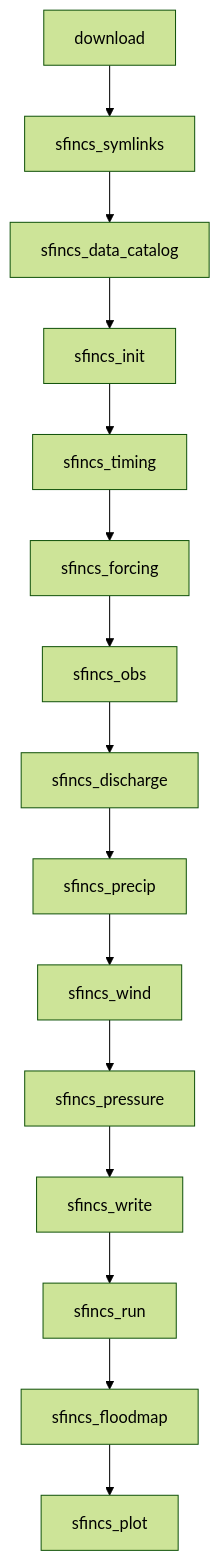
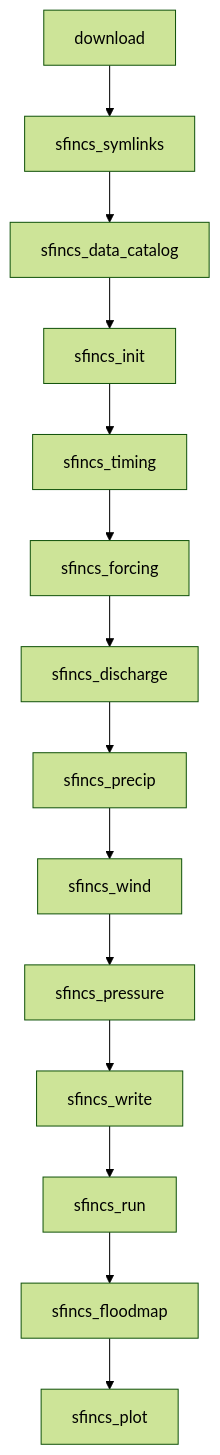
One commit to NGWPC/nwm-coastal changed the second of 3 diagrams in docs/user-guide/workflow-stages.md. Above: the diagram before and after it, drawn with Mermaid (forest theme). The commit also changed other lines of this file and 25 other files, not shown here.

````diff
--- a/docs/user-guide/workflow-stages.md
+++ b/docs/user-guide/workflow-stages.md
@@ -29,17 +29,16 @@
 ```mermaid
 flowchart TD
     A[download] --> B[sfincs_symlinks]
     B --> C[sfincs_data_catalog]
     C --> D[sfincs_init]
     D --> E[sfincs_timing]
     E --> F[sfincs_forcing]
-    F --> G[sfincs_obs]
-    G --> H[sfincs_discharge]
-    H --> I[sfincs_precip]
-    I --> J[sfincs_wind]
-    J --> K[sfincs_pressure]
-    K --> L[sfincs_write]
-    L --> M[sfincs_run]
-    M --> N[sfincs_floodmap]
-    N --> O[sfincs_plot]
+    F --> G[sfincs_discharge]
+    G --> H[sfincs_precip]
+    H --> I[sfincs_wind]
+    I --> J[sfincs_pressure]
+    J --> K[sfincs_write]
+    K --> L[sfincs_run]
+    L --> M[sfincs_floodmap]
+    M --> N[sfincs_plot]
 ```
````
